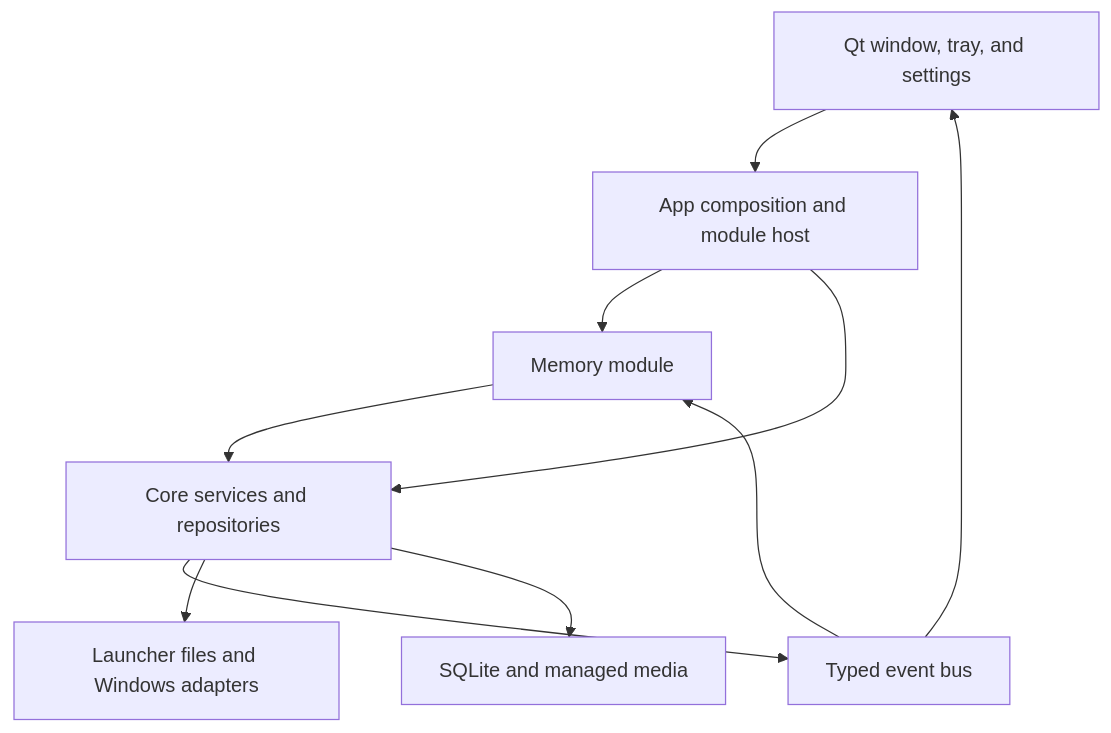
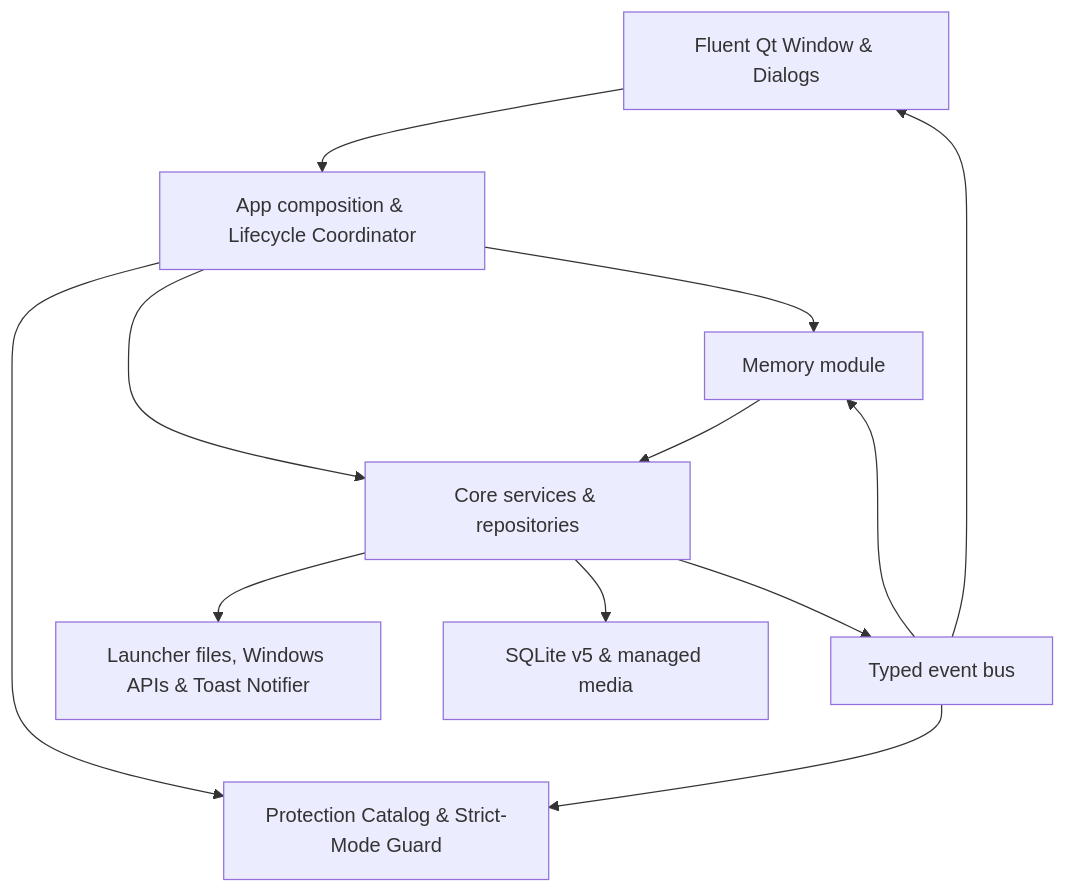
One commit to adhamelgohary-dev/game-hub changed the diagram in docs/design/03-architecture.md. Above: the diagram before and after it, drawn with Mermaid. The commit also changed other lines of this file and 26 other files, not shown here.

````diff
--- a/docs/design/03-architecture.md
+++ b/docs/design/03-architecture.md
@@ -5,12 +5,14 @@
 ```mermaid
 flowchart TB
-    Qt[Qt window, tray, and settings] --> Host[App composition and module host]
+    Qt[Fluent Qt Window & Dialogs] --> Host[App composition & Lifecycle Coordinator]
     Host --> Memory[Memory module]
-    Host --> Core[Core services and repositories]
+    Host --> Core[Core services & repositories]
+    Host --> Protection[Protection Catalog & Strict-Mode Guard]
     Memory --> Core
     Core --> Bus[Typed event bus]
     Bus --> Memory
+    Bus --> Protection
     Bus --> Qt
-    Core --> Adapters[Launcher files and Windows adapters]
-    Core --> Store[SQLite and managed media]
+    Core --> Adapters[Launcher files, Windows APIs & Toast Notifier]
+    Core --> Store[SQLite v5 & managed media]
 ```
````
